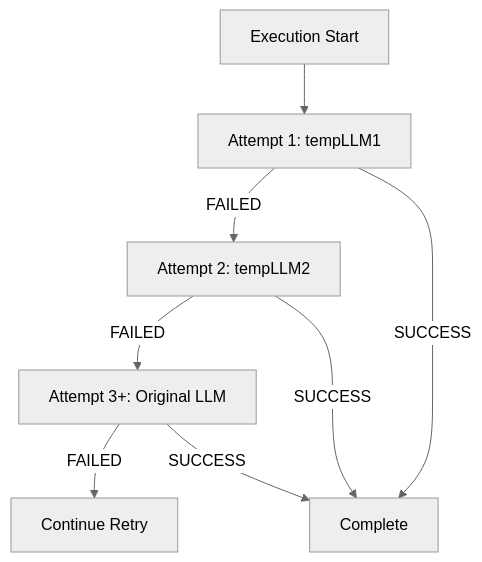
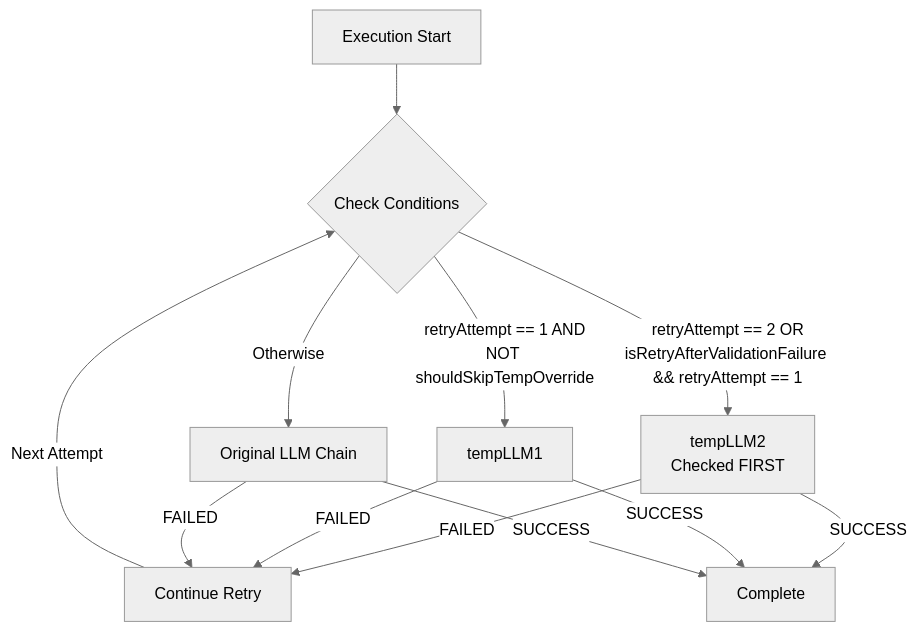
Before and after one commit to manishiitg/coding-agent-loop: the diagram in docs/temp_llm_cascading_flow.md, drawn with Mermaid (neutral theme). The commit also changed other lines of this file and 112 other files, not shown here.

````diff
--- a/docs/temp_llm_cascading_flow.md
+++ b/docs/temp_llm_cascading_flow.md
@@ -26,10 +26,14 @@
 ```mermaid
 graph TD
-    A[Execution Start] --> B[Attempt 1: tempLLM1]
-    B -->|FAILED| C[Attempt 2: tempLLM2]
-    B -->|SUCCESS| D[Complete]
-    C -->|FAILED| E[Attempt 3+: Original LLM]
-    C -->|SUCCESS| D
-    E -->|FAILED| F[Continue Retry]
-    E -->|SUCCESS| D
+    A[Execution Start] --> B{Check Conditions}
+    B -->|retryAttempt == 2 OR<br/>isRetryAfterValidationFailure && retryAttempt == 1| C[tempLLM2<br/>Checked FIRST]
+    B -->|retryAttempt == 1 AND<br/>NOT shouldSkipTempOverride| D[tempLLM1]
+    B -->|Otherwise| E[Original LLM Chain]
+    C -->|FAILED| F[Continue Retry]
+    C -->|SUCCESS| G[Complete]
+    D -->|FAILED| F
+    D -->|SUCCESS| G
+    E -->|FAILED| F
+    E -->|SUCCESS| G
+    F -->|Next Attempt| B
 ```
````
